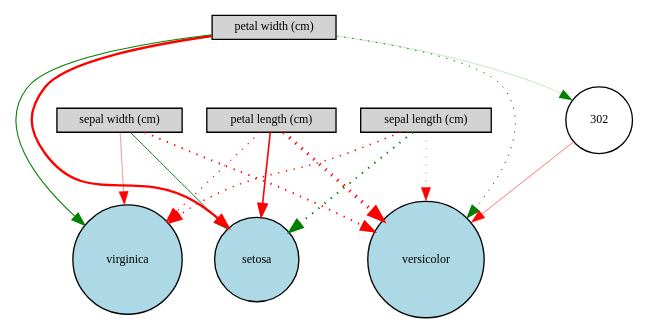
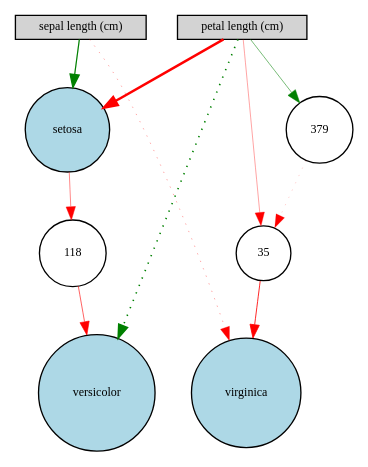
The diagram in iris/Digraph.gv (Maxwell1447/Neuro-evolution-in-speaker-recognition), drawn with Graphviz before and after one commit. The commit also changed 9 other files, not shown here.

```diff
--- a/iris/Digraph.gv
+++ b/iris/Digraph.gv
@@ -1,25 +1,21 @@
 digraph {
 	node [fontsize=9 height=0.2 shape=circle width=0.2]
 	"sepal length (cm)" [fillcolor=lightgray shape=box style=filled]
-	"sepal width (cm)" [fillcolor=lightgray shape=box style=filled]
 	"petal length (cm)" [fillcolor=lightgray shape=box style=filled]
-	"petal width (cm)" [fillcolor=lightgray shape=box style=filled]
 	setosa [fillcolor=lightblue style=filled]
 	versicolor [fillcolor=lightblue style=filled]
 	virginica [fillcolor=lightblue style=filled]
-	302 [fillcolor=white style=filled]
-	"sepal length (cm)" -> setosa [color=green penwidth=1.5879240750794557 style=dotted]
-	"sepal length (cm)" -> versicolor [color=red penwidth=0.32685695916901003 style=dotted]
-	"sepal length (cm)" -> virginica [color=red penwidth=1.1111570364334604 style=dotted]
-	"sepal width (cm)" -> setosa [color=green penwidth=0.6912432258017096 style=solid]
-	"sepal width (cm)" -> versicolor [color=red penwidth=1.4355060685959589 style=dotted]
-	"sepal width (cm)" -> virginica [color=red penwidth=0.3202411434310227 style=solid]
-	"petal length (cm)" -> setosa [color=red penwidth=1.20461432173165 style=solid]
-	"petal length (cm)" -> versicolor [color=red penwidth=2.702776530827199 style=dotted]
-	"petal length (cm)" -> virginica [color=red penwidth=0.7968271727954752 style=dotted]
-	"petal width (cm)" -> setosa [color=red penwidth=1.7386523641169838 style=solid]
-	"petal width (cm)" -> versicolor [color=green penwidth=0.73869999871396 style=dotted]
-	"petal width (cm)" -> virginica [color=green penwidth=0.8185551645392076 style=solid]
-	"petal width (cm)" -> 302 [color=green penwidth=0.16446499082858573 style=solid]
-	302 -> versicolor [color=red penwidth=0.39530993989384877 style=solid]
+	35 [fillcolor=white style=filled]
+	118 [fillcolor=white style=filled]
+	379 [fillcolor=white style=filled]
+	"sepal length (cm)" -> setosa [color=green penwidth=0.906954219297533 style=solid]
+	"sepal length (cm)" -> virginica [color=red penwidth=0.2696184877744522 style=dotted]
+	"petal length (cm)" -> setosa [color=red penwidth=1.7921989469915804 style=solid]
+	"petal length (cm)" -> versicolor [color=green penwidth=1.224443063662419 style=dotted]
+	35 -> virginica [color=red penwidth=0.6273752167635976 style=solid]
+	"petal length (cm)" -> 35 [color=red penwidth=0.2746263908657709 style=solid]
+	118 -> versicolor [color=red penwidth=0.46151436427174874 style=solid]
+	setosa -> 118 [color=red penwidth=0.34553902276657933 style=solid]
+	"petal length (cm)" -> 379 [color=green penwidth=0.3983000911632604 style=solid]
+	379 -> 35 [color=red penwidth=0.13829412111419107 style=dotted]
 }
```
